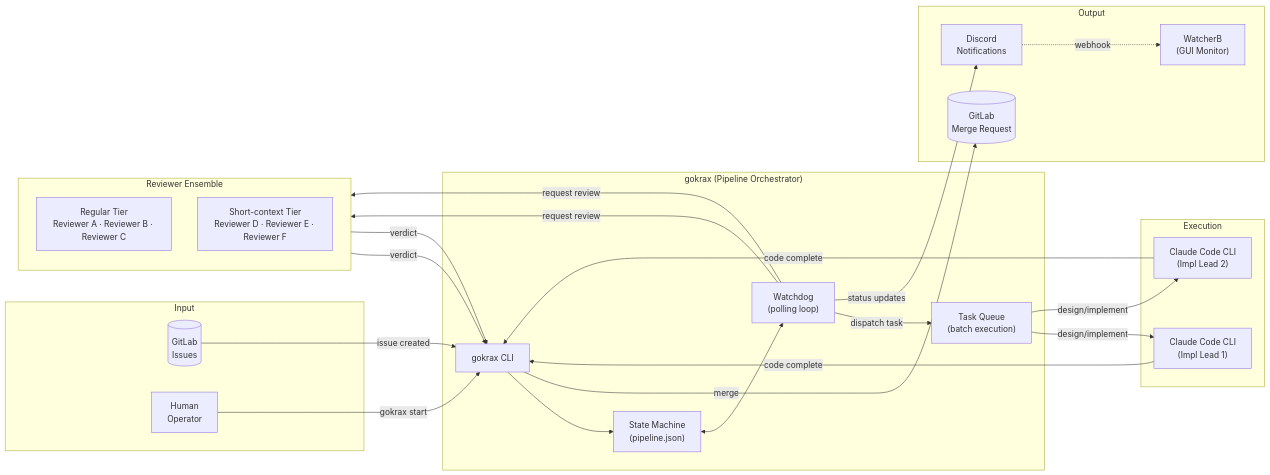
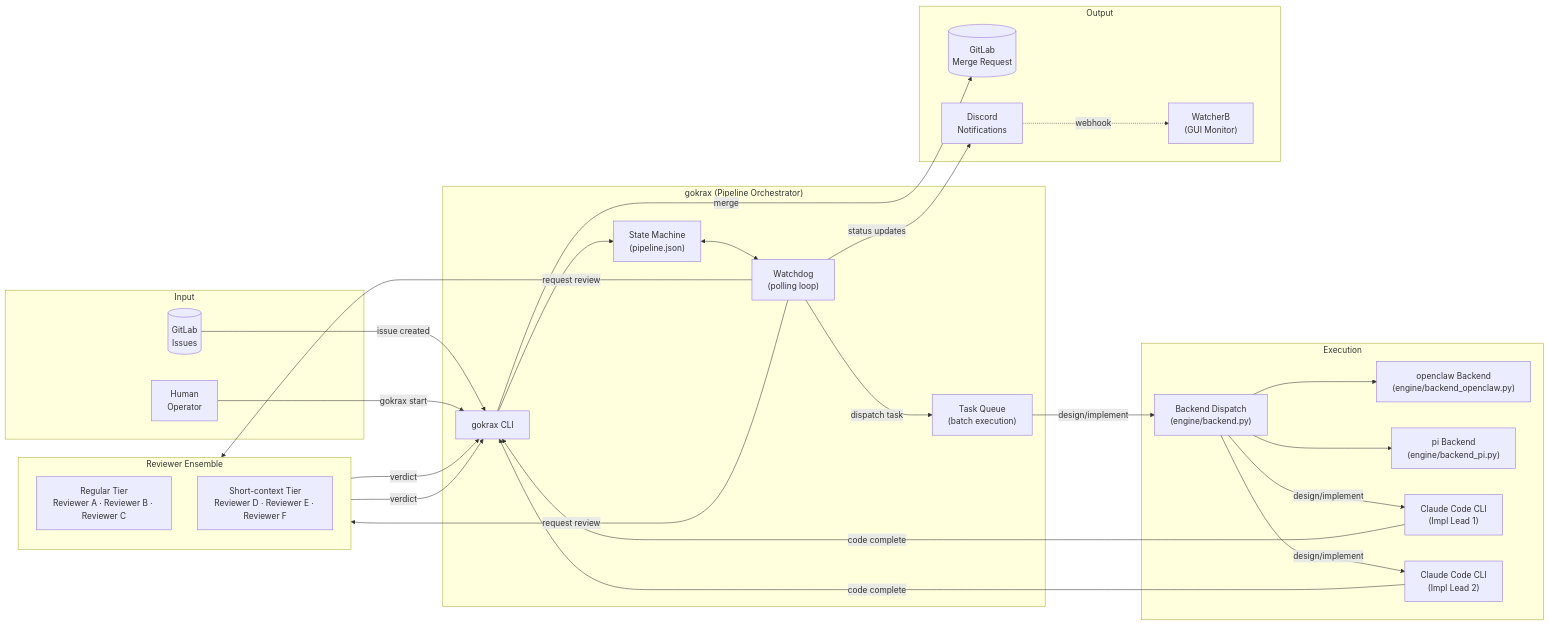
The first of 6 diagrams in docs/architecture.md (atakalive/gokrax), drawn with Mermaid before and after one commit. The commit also changed other lines of this file, not shown here.

First line of the commit message:
docs: update architecture.md to reflect current codebase. Closes #262

````diff
--- a/docs/architecture.md
+++ b/docs/architecture.md
@@ -7,48 +7,54 @@
 ```mermaid
 graph LR
     subgraph Input
         GL[("GitLab<br/>Issues")]
         M["Human<br/>Operator"]
     end
 
     subgraph gokrax["gokrax (Pipeline Orchestrator)"]
         CLI["gokrax CLI"]
         SM["State Machine<br/>(pipeline.json)"]
         WD["Watchdog<br/>(polling loop)"]
         TQ["Task Queue<br/>(batch execution)"]
     end
 
     subgraph Execution
+        BD["Backend Dispatch<br/>(engine/backend.py)"]
+        BE_OC["openclaw Backend<br/>(engine/backend_openclaw.py)"]
+        BE_PI["pi Backend<br/>(engine/backend_pi.py)"]
         CC1["Claude Code CLI<br/>(Impl Lead 1)"]
         CC2["Claude Code CLI<br/>(Impl Lead 2)"]
+        BD --> BE_OC
+        BD --> BE_PI
     end
 
     subgraph Review["Reviewer Ensemble"]
         direction TB
         R_REG["Regular Tier<br/>Reviewer A · Reviewer B · Reviewer C"]
         R_SHORT["Short-context Tier<br/>Reviewer D · Reviewer E · Reviewer F"]
     end
 
     subgraph Output
         MR[("GitLab<br/>Merge Request")]
         DC["Discord<br/>Notifications"]
         WB["WatcherB<br/>(GUI Monitor)"]
     end
 
     GL -->|"issue created"| CLI
     M -->|"gokrax start"| CLI
     CLI --> SM
     SM <--> WD
     WD -->|"dispatch task"| TQ
-    TQ -->|"design/implement"| CC1
-    TQ -->|"design/implement"| CC2
+    TQ -->|"design/implement"| BD
+    BD -->|"design/implement"| CC1
+    BD -->|"design/implement"| CC2
     WD -->|"request review"| R_REG
     WD -->|"request review"| R_SHORT
     R_REG -->|"verdict"| CLI
     R_SHORT -->|"verdict"| CLI
     CC1 -->|"code complete"| CLI
     CC2 -->|"code complete"| CLI
     CLI -->|"merge"| MR
     WD -->|"status updates"| DC
     DC -.->|"webhook"| WB
 ```
````
